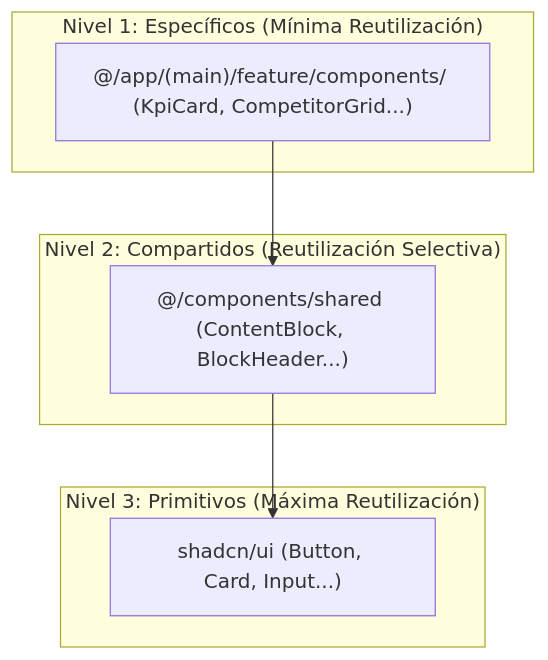
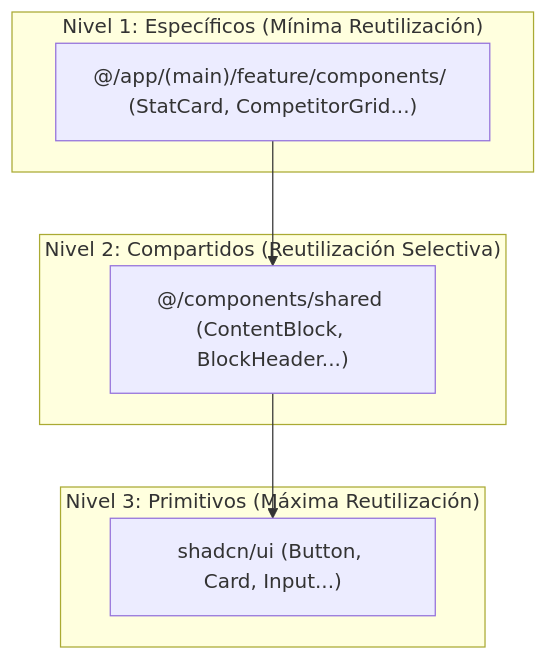
Before and after one commit to moreno32/Amplify-AI: the second of 2 diagrams in docs/technical/architecture.md, drawn with Mermaid. The commit also changed other lines of this file and 48 other files, not shown here.

````diff
--- a/docs/technical/architecture.md
+++ b/docs/technical/architecture.md
@@ -118,13 +118,13 @@
 ```mermaid
 graph TD
     subgraph "Nivel 3: Primitivos (Máxima Reutilización)"
         D["shadcn/ui (Button, Card, Input...)"]
     end
     subgraph "Nivel 2: Compartidos (Reutilización Selectiva)"
         C["@/components/shared (ContentBlock, BlockHeader...)"]
     end
     subgraph "Nivel 1: Específicos (Mínima Reutilización)"
-        B["@/app/(main)/feature/components/ (KpiCard, CompetitorGrid...)"]
+        B["@/app/(main)/feature/components/ (StatCard, CompetitorGrid...)"]
     end
     B --> C --> D
 ```
````
